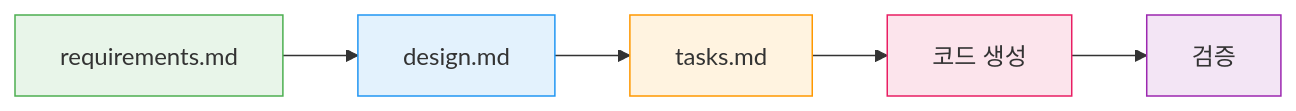
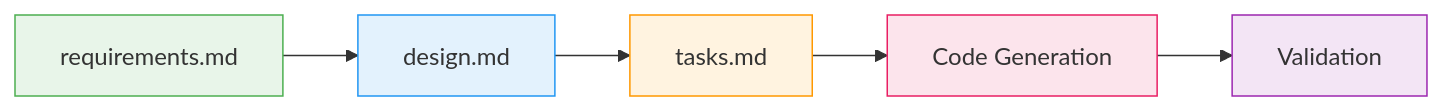
The first of 3 diagrams in docs/aidlc/methodology/ddd-integration.md (devfloor9/engineering-playbook), drawn with Mermaid before and after one commit. The commit also changed other lines of this file and 954 other files, not shown here.

````diff
--- a/docs/aidlc/methodology/ddd-integration.md
+++ b/docs/aidlc/methodology/ddd-integration.md
@@ -98,13 +101,13 @@
 ```mermaid
 graph LR
     A[requirements.md] --> B[design.md]
     B --> C[tasks.md]
-    C --> D[코드 생성]
-    D --> E[검증]
+    C --> D[Code Generation]
+    D --> E[Validation]
 
     style A fill:#e8f5e9,stroke:#4caf50
     style B fill:#e3f2fd,stroke:#2196f3
     style C fill:#fff3e0,stroke:#ff9800
     style D fill:#fce4ec,stroke:#e91e63
     style E fill:#f3e5f5,stroke:#9c27b0
 ```
````
